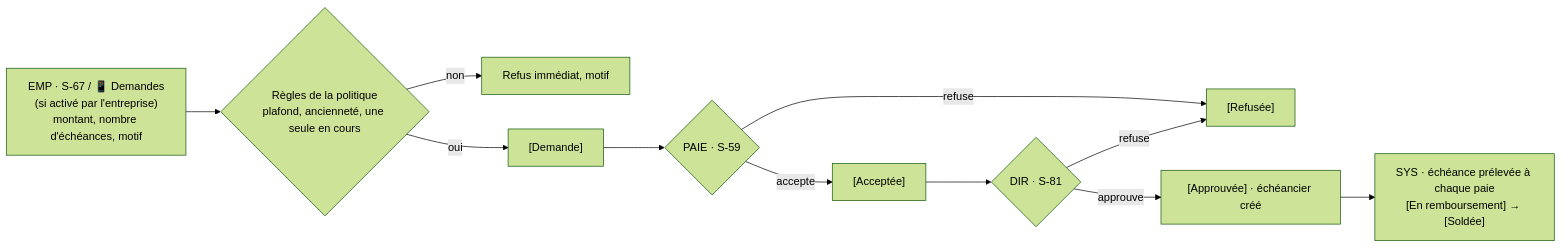
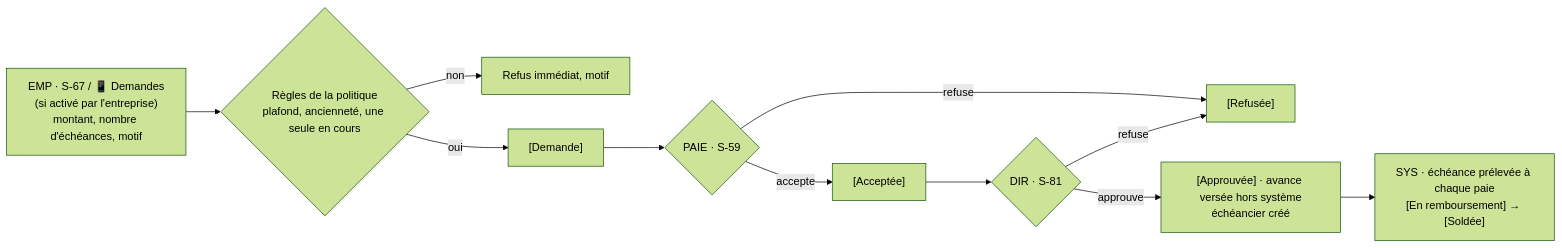
One commit to riyadaOne/fluxyrh-docs changed diagram 16 of 21 in 01-specifications/APPFLOW.md. Above: the diagram before and after it, drawn with Mermaid (forest theme). The commit also changed other lines of this file and 21 other files, not shown here.

````diff
--- a/01-specifications/APPFLOW.md
+++ b/01-specifications/APPFLOW.md
@@ -463,13 +485,13 @@
 ```mermaid
 flowchart LR
     A["EMP · S-67 / 📱 Demandes<br/>(si activé par l'entreprise)<br/>montant, nombre d'échéances, motif"] --> B{Règles de la politique<br/>plafond, ancienneté, une seule en cours}
     B -- non --> X[Refus immédiat, motif]
     B -- oui --> C["[Demande]"]
     C --> D{PAIE · S-59}
     D -- refuse --> R["[Refusée]"]
     D -- accepte --> E["[Acceptée]"]
     E --> F{DIR · S-81}
     F -- refuse --> R
-    F -- approuve --> G["[Approuvée] · échéancier créé"]
+    F -- approuve --> G["[Approuvée] · avance versée hors système<br/>échéancier créé"]
     G --> H["SYS · échéance prélevée à chaque paie<br/>[En remboursement] → [Soldée]"]
 ```
````
